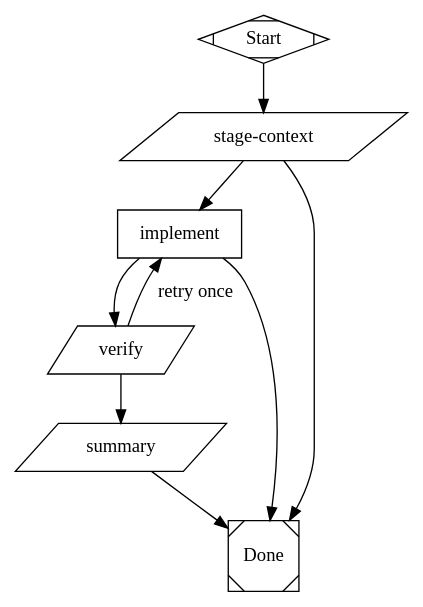
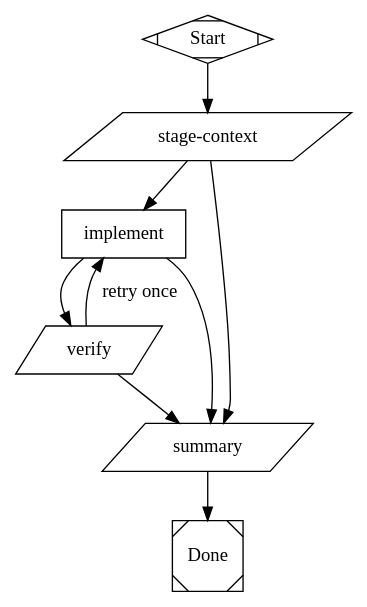
One commit to mattleaverton/kilroy changed the diagram in workflows/implement/graph.dot. Above: the diagram before and after it, drawn with Graphviz. The commit also changed 2 other files, not shown here.

First paragraph of the commit message:
fix(implement): script paths + failure routing + plan note Step 4b gap
Fixed via live dogfood — first dogfood run of the implement workflow
revealed two issues plus one design gap:

```diff
--- a/workflows/implement/graph.dot
+++ b/workflows/implement/graph.dot
@@ -1,30 +1,34 @@
 digraph implement {
     graph [
         inputs="prompt",
         outputs="result.md",
         model_stylesheet="
             * { llm_provider: anthropic; llm_model: claude-sonnet-4.6; }
         "
     ]
 
     start         [shape=Mdiamond, label="Start"]
     stage_context [shape=parallelogram, label="stage-context",
-                   tool_command="bash scripts/stage-context.sh"]
+                   tool_command="bash .kilroy/package/scripts/stage-context.sh"]
     agent         [shape=box, label="implement", agent_tool="claude", class="hard_coding",
                    prompt="You are working in a kilroy worktree. Code changes are auto-committed at node end. Do not run git commit yourself. Your task is in .kilroy/INPUT.md under the ## prompt section. If a ## context_files section is present, those paths point at files the user wants you to read for context. If a ## scope_directive section is present, treat it as a hard guardrail: do not touch files outside the named scope. Do NOT run go test ./... — too noisy; use go test <package> -run <pattern> for targeted verification. Time-cap your work: if a single approach is not converging within ~15 minutes, write what you have to result.md with a BLOCKED: prefix and stop. Output: write result.md at the workspace root. Required sections: Summary (1-2 sentences), Files touched (list), Diff outline (bullets), Tests added (if any), Open questions. When finished, write {\"status\":\"success\"} to $KILROY_STAGE_STATUS_PATH or $KILROY_STAGE_STATUS_FALLBACK_PATH if that fails.",
                    outputs="result.md"]
     verify        [shape=parallelogram, label="verify",
-                   tool_command="bash scripts/verify.sh"]
+                   tool_command="bash .kilroy/package/scripts/verify.sh"]
     summary       [shape=parallelogram, label="summary",
-                   tool_command="bash scripts/summary.sh"]
+                   tool_command="bash .kilroy/package/scripts/summary.sh"]
     done          [shape=Msquare, label="Done"]
 
+    // Failure paths route through `summary` so the run captures what
+    // happened in result.md before terminating. summary always succeeds
+    // (it synthesizes a BLOCKED: result.md when the agent didn't
+    // produce one), so its terminal edge can be unconditioned.
     start         -> stage_context
     stage_context -> agent          [condition="outcome=success"]
-    stage_context -> done           [condition="outcome!=success"]
+    stage_context -> summary        [condition="outcome!=success"]
     agent         -> verify         [condition="outcome=success"]
-    agent         -> done           [condition="outcome!=success"]
+    agent         -> summary        [condition="outcome!=success"]
     verify        -> summary        [condition="outcome=success"]
     verify        -> agent          [condition="outcome!=success", label="retry once"]
-    summary       -> done           [condition="outcome=success"]
+    summary       -> done            [condition="outcome=success"]
 }
```
